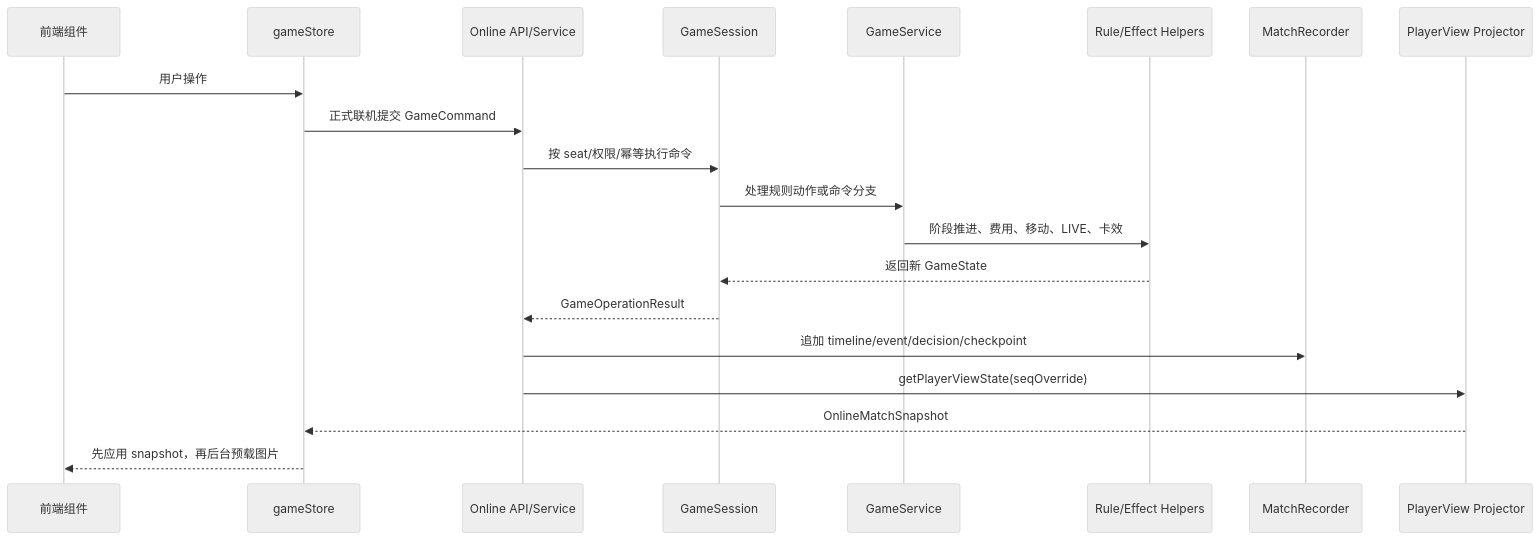
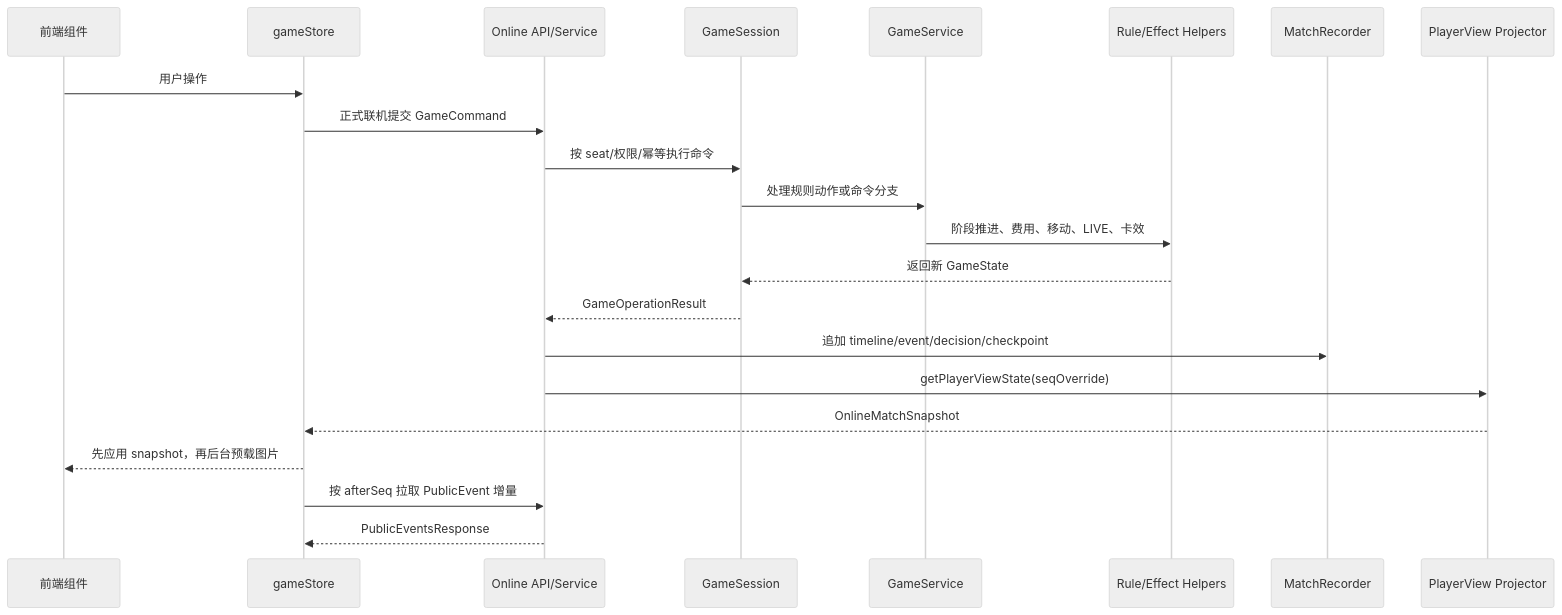
One commit to catmeow123456/loveca-dev changed the first of 5 diagrams in docs/runtime-data-flow-and-algorithm-chain.md. Above: the diagram before and after it, drawn with Mermaid (neutral theme). The commit also changed other lines of this file and 23 other files, not shown here.

````diff
--- a/docs/runtime-data-flow-and-algorithm-chain.md
+++ b/docs/runtime-data-flow-and-algorithm-chain.md
@@ -175,23 +175,25 @@
 ```mermaid
 sequenceDiagram
     participant UI as 前端组件
     participant Store as gameStore
     participant Online as Online API/Service
     participant Session as GameSession
     participant Service as GameService
     participant Rules as Rule/Effect Helpers
     participant Recorder as MatchRecorder
     participant Projector as PlayerView Projector
 
     UI->>Store: 用户操作
     Store->>Online: 正式联机提交 GameCommand
     Online->>Session: 按 seat/权限/幂等执行命令
     Session->>Service: 处理规则动作或命令分支
     Service->>Rules: 阶段推进、费用、移动、LIVE、卡效
     Rules-->>Session: 返回新 GameState
     Session-->>Online: GameOperationResult
     Online->>Recorder: 追加 timeline/event/decision/checkpoint
     Online->>Projector: getPlayerViewState(seqOverride)
     Projector-->>Store: OnlineMatchSnapshot
     Store-->>UI: 先应用 snapshot，再后台预载图片
+    Store->>Online: 按 afterSeq 拉取 PublicEvent 增量
+    Online-->>Store: PublicEventsResponse
 ```
````
